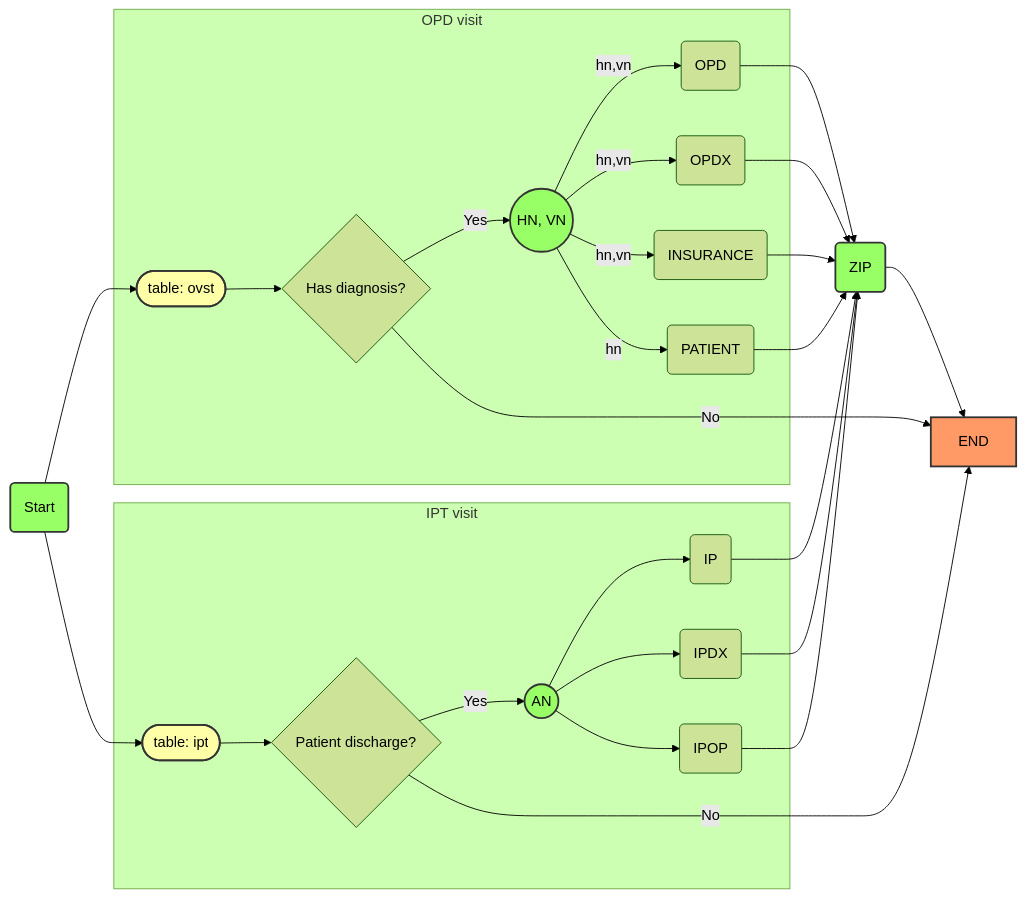
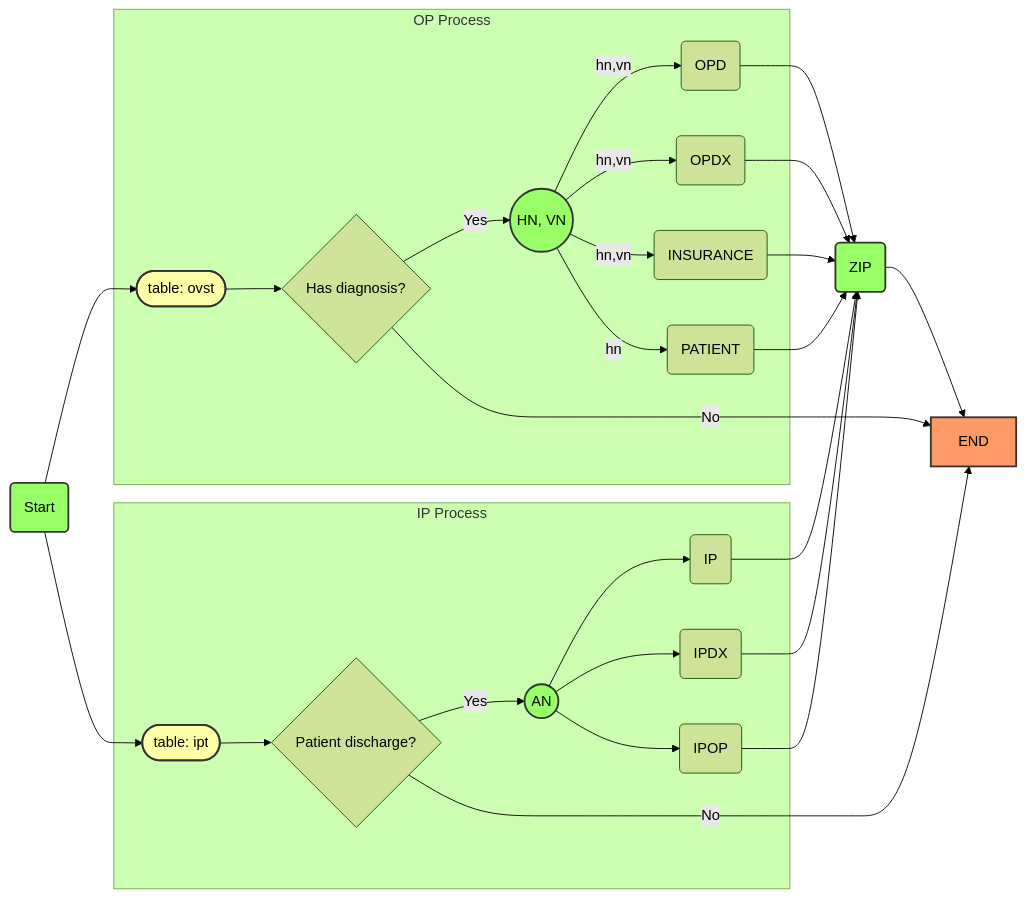
One commit to Health-Region-7/Data-Extraction-Flow changed the diagram in HOSxPv3.md. Above: the diagram before and after it, drawn with Mermaid (forest theme).

````diff
--- a/HOSxPv3.md
+++ b/HOSxPv3.md
@@ -3,43 +3,43 @@
 ```mermaid
 flowchart LR
 START(Start) --> OVST([table: ovst])
-subgraph OPD visit
+subgraph OP Process
 OVST --> HASDX{Has diagnosis?}
 HASDX --> |Yes| HN((HN, VN))
 HN --> |hn,vn| OPD(OPD)
 HN --> |hn,vn| OPDX(OPDX)
 HN --> |hn,vn| INS(INSURANCE)
 HN -->|hn| PATIENT(PATIENT)
 end
 
 HASDX --> |No| END
 START --> IPT([table: ipt])
 
-subgraph IPT visit
+subgraph IP Process
 IPT --> DISCHARGE{Patient discharge?}
 DISCHARGE --> |Yes| AN((AN))
 AN --> IP(IP)
 AN --> IPDX(IPDX)
 AN --> IPOP(IPOP)
 end
 DISCHARGE --> |No| END
 
 PATIENT --> ZIP(ZIP) 
 OPD --> ZIP
 OPDX --> ZIP
 INS --> ZIP
 
 IPDX --> ZIP
 IPOP --> ZIP
 IP --> ZIP
 
 ZIP --> END
 
 classDef green fill:#9f6,stroke:#333,stroke-width:2px;
 classDef orange fill:#f96,stroke:#333,stroke-width:2px;
 classDef yellow fill:#ffffa8,stroke:#333,stroke-width:2px;
 
 class START,ZIP,HN,AN green
 class END orange
 class OVST,IPT yellow
 ```
````
